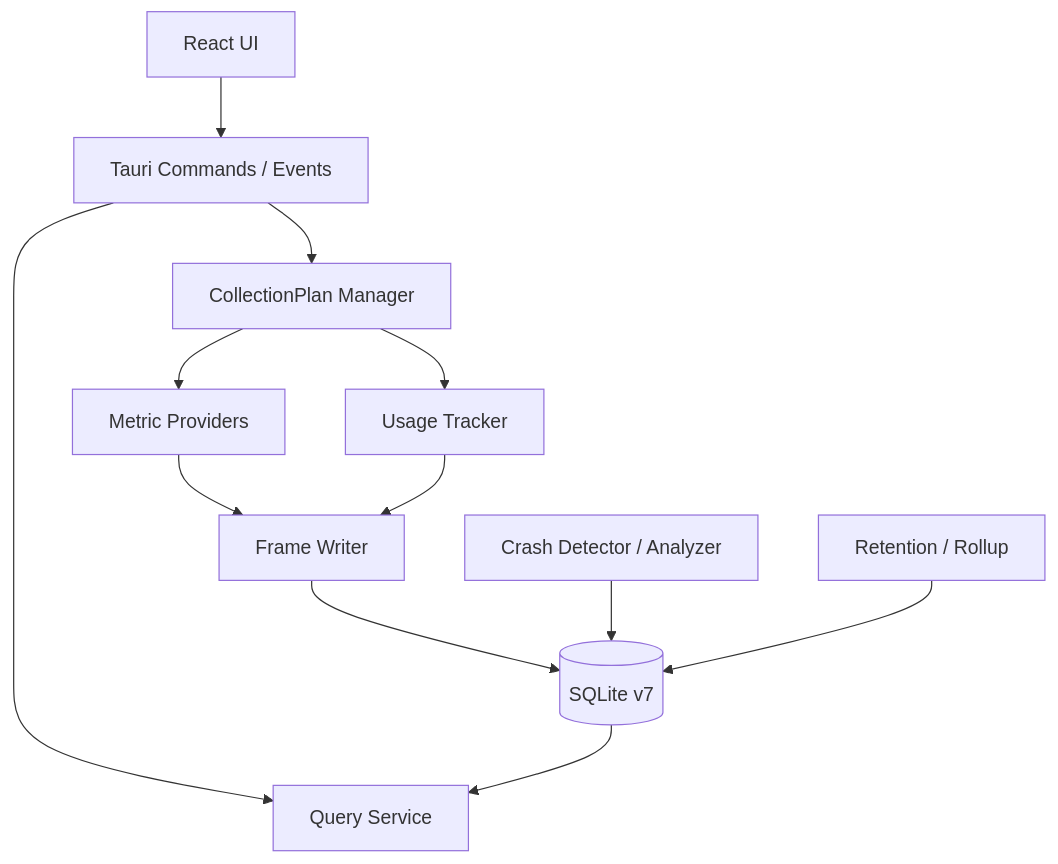
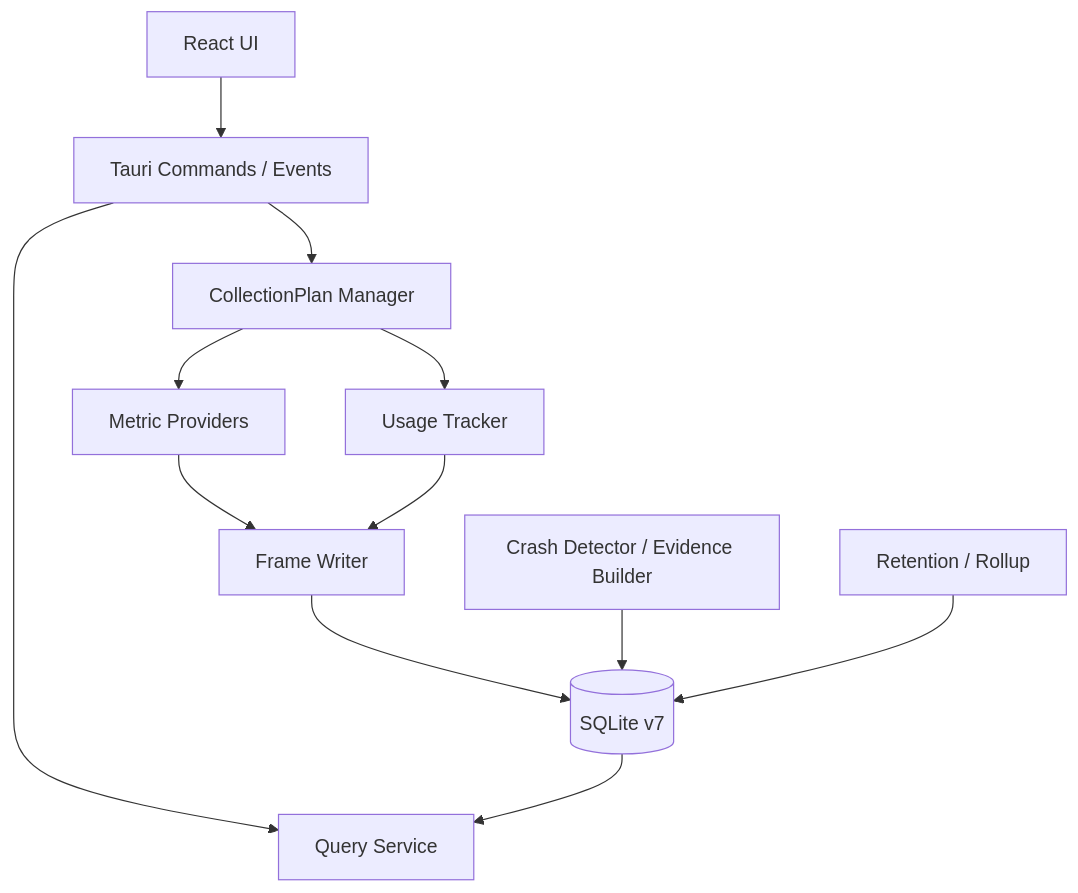
One commit to WuKong512/win-resources-timeline changed the diagram in docs/upgrade/architecture.md. Above: the diagram before and after it, drawn with Mermaid. The commit also changed other lines of this file and 10 other files, not shown here.

````diff
--- a/docs/upgrade/architecture.md
+++ b/docs/upgrade/architecture.md
@@ -11,14 +11,14 @@
 ```mermaid
 flowchart TD
     UI[React UI] --> API[Tauri Commands / Events]
     API --> QUERY[Query Service]
     API --> PLAN[CollectionPlan Manager]
     PLAN --> PROVIDERS[Metric Providers]
     PLAN --> USAGE[Usage Tracker]
     PROVIDERS --> WRITER[Frame Writer]
     USAGE --> WRITER
     WRITER --> DB[(SQLite v7)]
     DB --> QUERY
-    CRASH[Crash Detector / Analyzer] --> DB
+    CRASH[Crash Detector / Evidence Builder] --> DB
     MAINT[Retention / Rollup] --> DB
 ```
````
